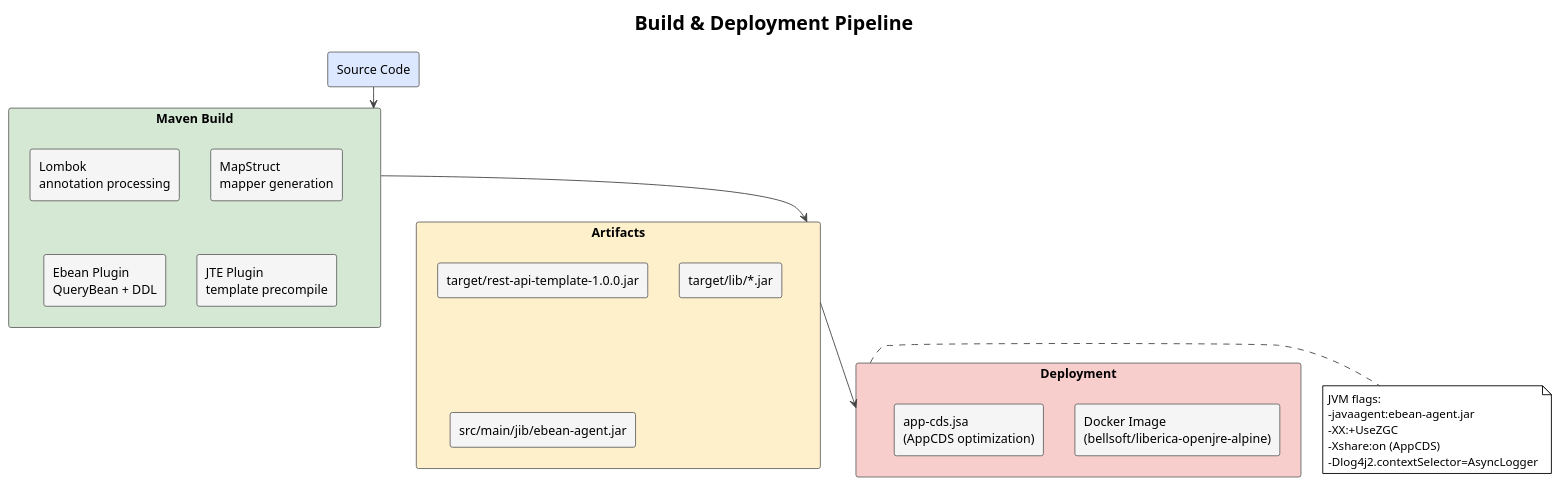
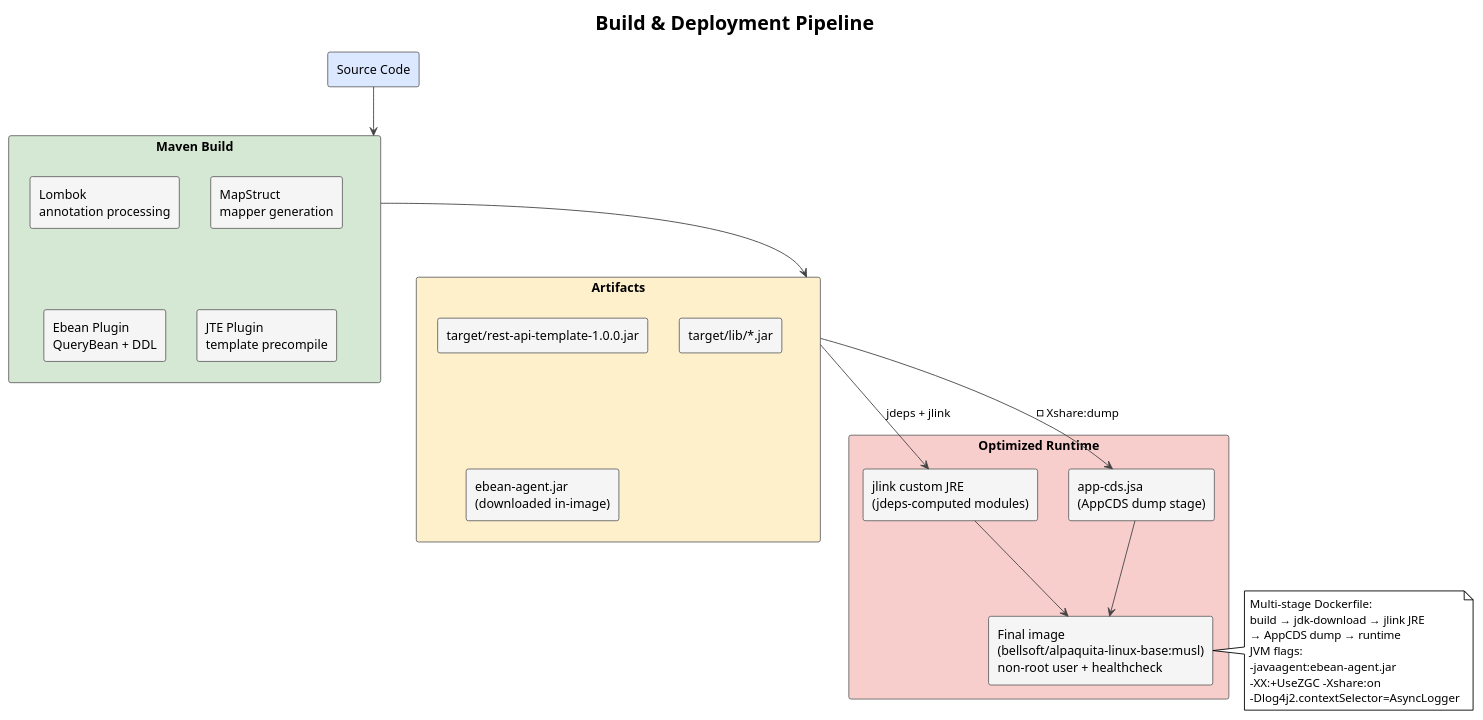
One commit to batzorigt/rest-api-template changed the eighth of 8 diagrams in docs/architecture.md. Above: the diagram before and after it, drawn with PlantUML. The commit also changed other lines of this file and 3 other files, not shown here.

````diff
--- a/docs/architecture.md
+++ b/docs/architecture.md
@@ -581,45 +594,51 @@
 ```plantuml
 @startuml Build
 !theme plain
 skinparam rectangle {
   BorderColor #666666
   BackgroundColor #f5f5f5
 }
 skinparam ArrowColor #444444
 
 title Build & Deployment Pipeline
 
 rectangle "Source Code" as src #dce8ff
 
 rectangle "Maven Build" as maven #d5e8d4 {
   rectangle "Lombok\nannotation processing" as lombok
   rectangle "MapStruct\nmapper generation" as mapstruct
   rectangle "Ebean Plugin\nQueryBean + DDL" as ebean
   rectangle "JTE Plugin\ntemplate precompile" as jte
 }
 
 rectangle "Artifacts" as artifacts #fff0cc {
   rectangle "target/rest-api-template-1.0.0.jar" as jar
   rectangle "target/lib/*.jar" as libs
-  rectangle "src/main/jib/ebean-agent.jar" as agent
+  rectangle "ebean-agent.jar\n(downloaded in-image)" as agent
 }
 
-rectangle "Deployment" as deploy #f8cecc {
-  rectangle "Docker Image\n(bellsoft/liberica-openjre-alpine)" as docker
-  rectangle "app-cds.jsa\n(AppCDS optimization)" as cds
+rectangle "Optimized Runtime" as deploy #f8cecc {
+  rectangle "jlink custom JRE\n(jdeps-computed modules)" as jre
+  rectangle "app-cds.jsa\n(AppCDS dump stage)" as cds
+  rectangle "Final image\n(bellsoft/alpaquita-linux-base:musl)\nnon-root user + healthcheck" as docker
 }
 
 src --> maven
 maven --> artifacts
-artifacts --> deploy
+artifacts --> jre : "jdeps + jlink"
+artifacts --> cds : "-Xshare:dump"
+jre --> docker
+cds --> docker
 
-note right of deploy
+note right of docker
+  Multi-stage Dockerfile:
+  build → jdk-download → jlink JRE
+  → AppCDS dump → runtime
   JVM flags:
   -javaagent:ebean-agent.jar
-  -XX:+UseZGC
-  -Xshare:on (AppCDS)
+  -XX:+UseZGC -Xshare:on
   -Dlog4j2.contextSelector=AsyncLogger
 end note
 
 @enduml
 ```
````
